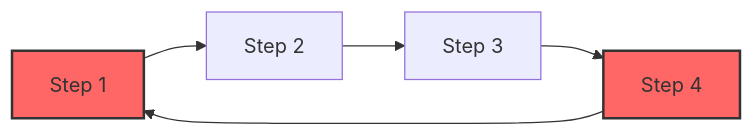
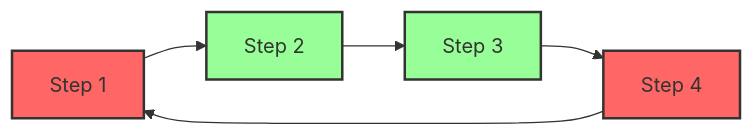
The fourth of 4 diagrams in docs/Merge.cn.md (Bilibotter/light-flow), drawn with Mermaid before and after one commit. The commit also changed other lines of this file and 1 other file, not shown here.

````diff
--- a/docs/Merge.cn.md
+++ b/docs/Merge.cn.md
@@ -121,10 +124,12 @@
 ```mermaid
 flowchart LR;
     A["Step 1"]-->B["Step 2"];
     B --> C["Step 3"];
     C --> D["Step 4"]
     D --> A
 %% Mark Step1 and Step4 in red to indicate the cycle
+	style B fill:#98FF98,stroke:#333,stroke-width:2px;
+	style C fill:#98FF98,stroke:#333,stroke-width:2px;
     style A fill:#ff6666,stroke:#333,stroke-width:2px;
     style D fill:#ff6666,stroke:#333,stroke-width:2px;
 ```
````
